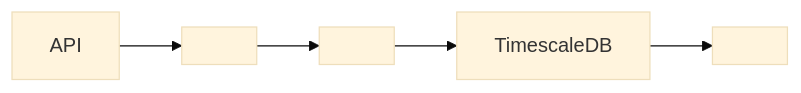
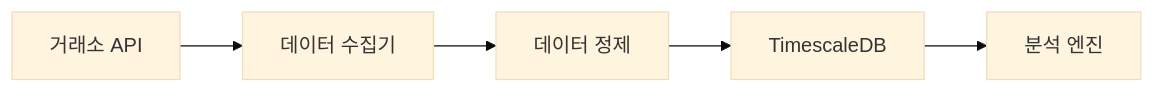
Before and after one commit to Russ481-k/Russ481-k.github.io: the diagram in posts/ko/entasis_engin_5.md, drawn with Mermaid (base theme). The commit also changed other lines of this file and 59 other files, not shown here.

````diff
--- a/posts/ko/entasis_engin_5.md
+++ b/posts/ko/entasis_engin_5.md
@@ -176,7 +176,7 @@
 ```mermaid
 graph LR
-    A[ API] --> B[ ]
-    B --> C[ ]
+    A[거래소 API] --> B[데이터 수집기]
+    B --> C[데이터 정제]
     C --> D[TimescaleDB]
-    D --> E[ ]
+    D --> E[분석 엔진]
 ```
````
